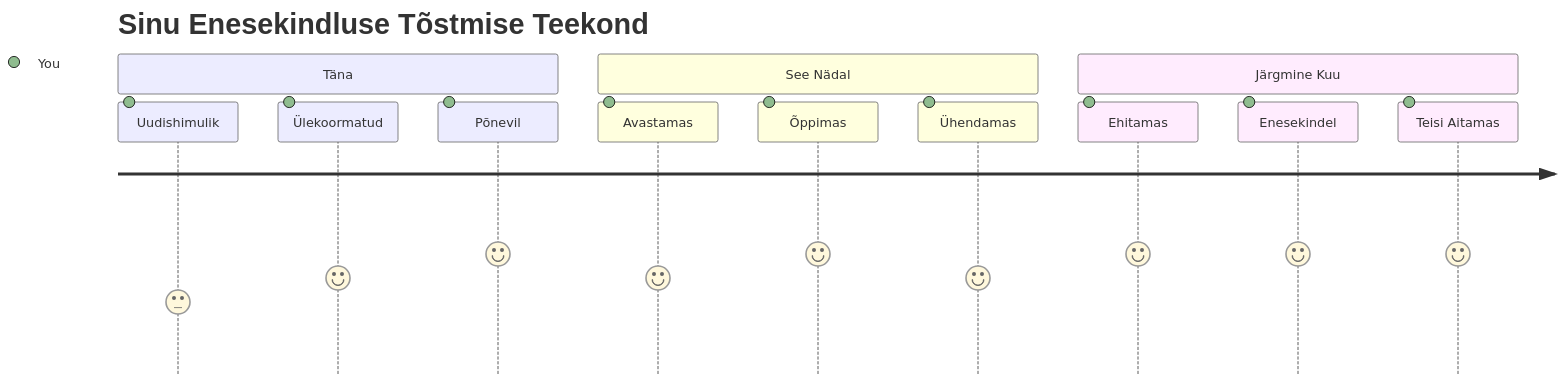
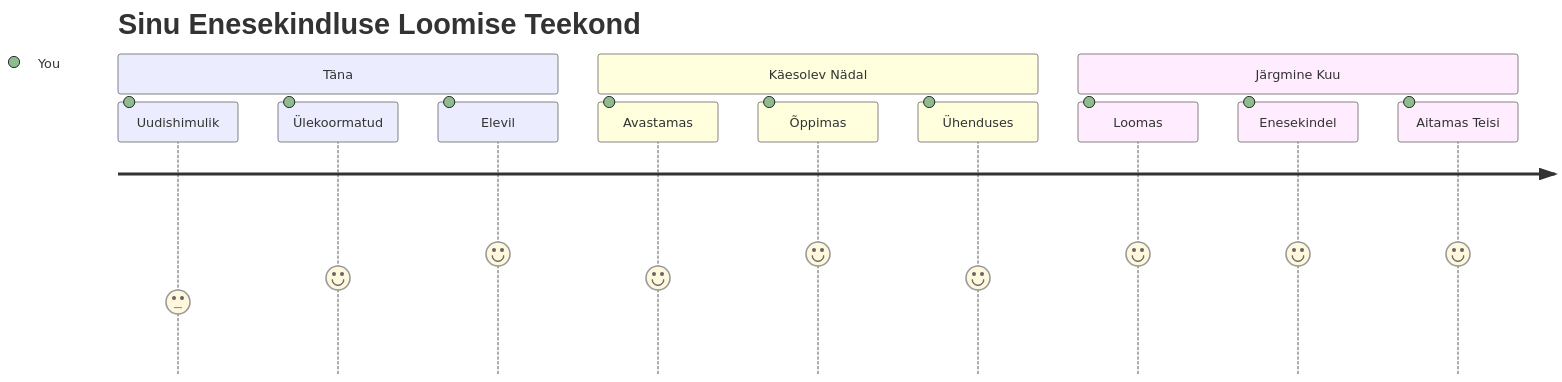
Before and after one commit to microsoft/Web-Dev-For-Beginners: the seventh of 7 diagrams in translations/et/1-getting-started-lessons/1-intro-to-programming-languages/README.md, drawn with Mermaid. The commit also changed other lines of this file and 8 other files, not shown here.

````diff
--- a/translations/et/1-getting-started-lessons/1-intro-to-programming-languages/README.md
+++ b/translations/et/1-getting-started-lessons/1-intro-to-programming-languages/README.md
@@ -831,16 +832,16 @@
 ```mermaid
 journey
-    title Sinu Enesekindluse Tõstmise Teekond
+    title Sinu Enesekindluse Loomise Teekond
     section Täna
       Uudishimulik: 3: You
       Ülekoormatud: 4: You
-      Põnevil: 5: You
-    section See Nädal
+      Elevil: 5: You
+    section Käesolev Nädal
       Avastamas: 4: You
       Õppimas: 5: You
-      Ühendamas: 4: You
+      Ühenduses: 4: You
     section Järgmine Kuu
-      Ehitamas: 5: You
+      Loomas: 5: You
       Enesekindel: 5: You
-      Teisi Aitamas: 5: You
+      Aitamas Teisi: 5: You
 ```
````
